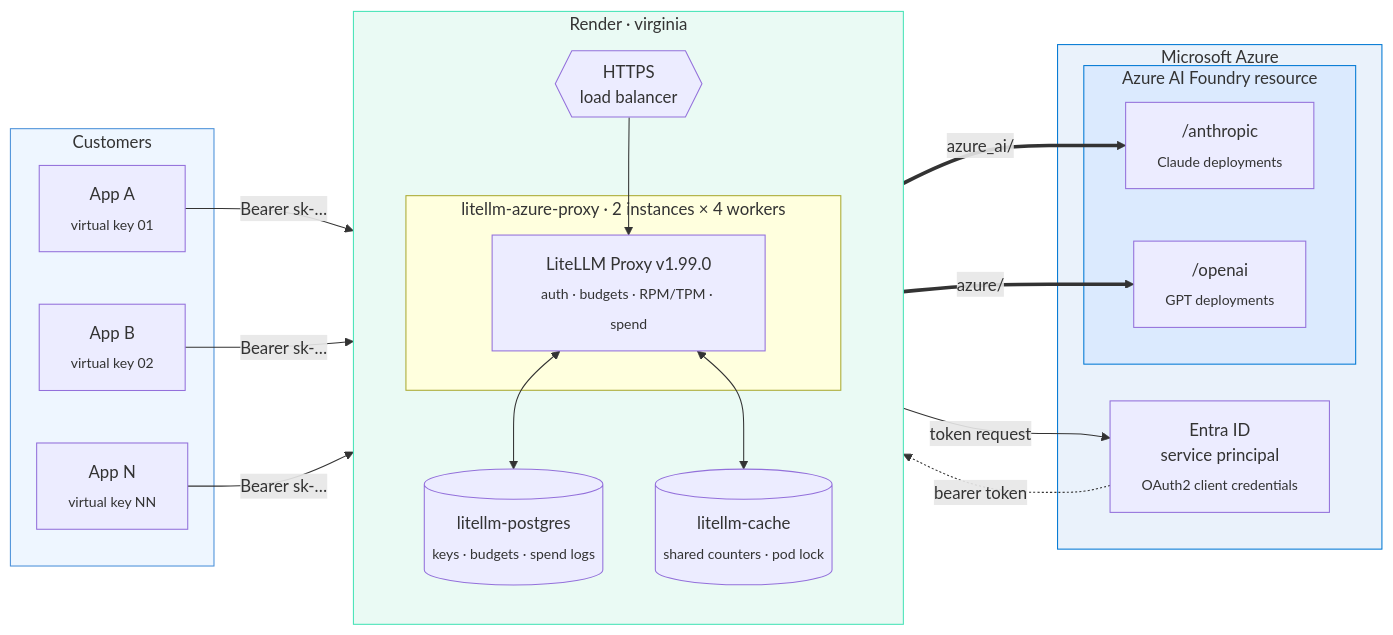
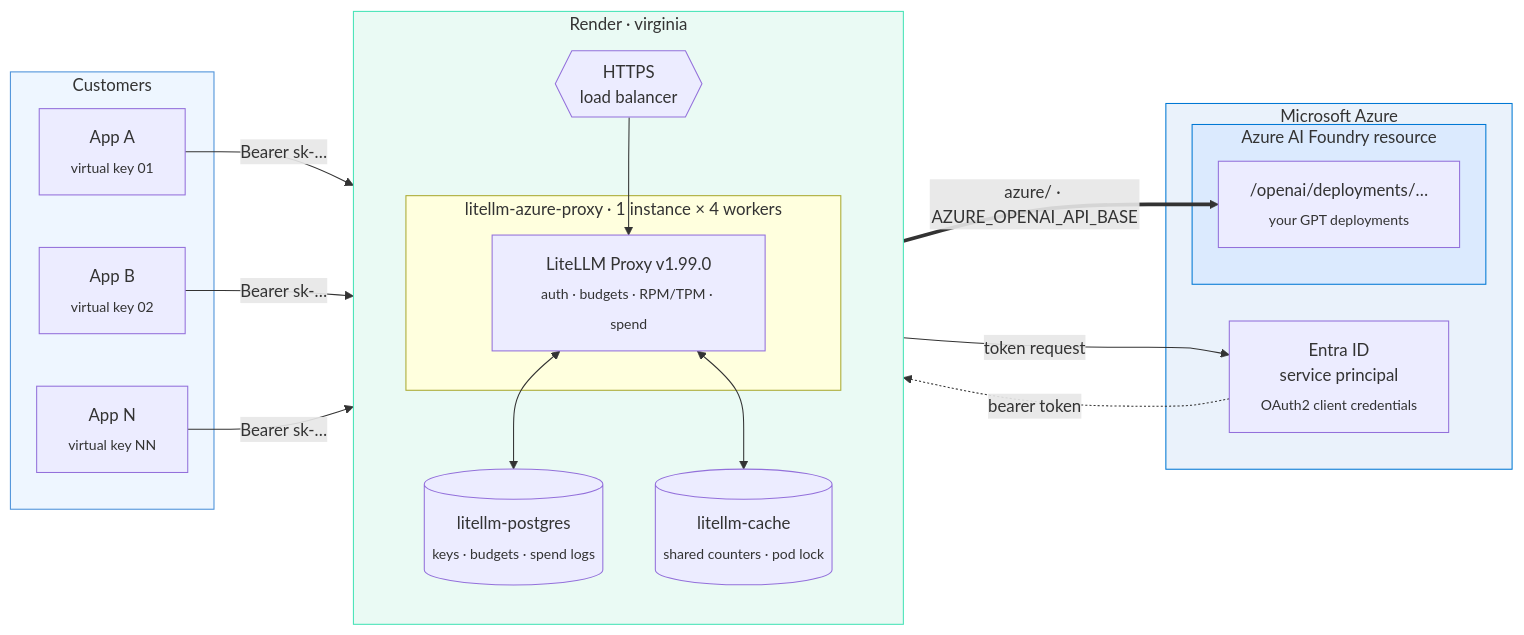
One commit to mahipalparegi/LiteLLMProxy changed the first of 12 diagrams in README.md. Above: the diagram before and after it, drawn with Mermaid. The commit also changed other lines of this file and 14 other files, not shown here.

````diff
--- a/README.md
+++ b/README.md
@@ -78,39 +74,37 @@
 ```mermaid
 flowchart LR
     subgraph clients["Customers"]
         C1["App A<br/><sub>virtual key 01</sub>"]
         C2["App B<br/><sub>virtual key 02</sub>"]
         C3["App N<br/><sub>virtual key NN</sub>"]
     end
 
     subgraph render["Render · virginia"]
         direction TB
         LB{{"HTTPS<br/>load balancer"}}
-        subgraph proxy["litellm-azure-proxy · 2 instances × 4 workers"]
+        subgraph proxy["litellm-azure-proxy · 1 instance × 4 workers"]
             W["LiteLLM Proxy v1.99.0<br/><sub>auth · budgets · RPM/TPM · spend</sub>"]
         end
         PG[("litellm-postgres<br/><sub>keys · budgets · spend logs</sub>")]
         RD[("litellm-cache<br/><sub>shared counters · pod lock</sub>")]
     end
 
     subgraph azure["Microsoft Azure"]
         ENTRA["Entra ID<br/>service principal<br/><sub>OAuth2 client credentials</sub>"]
         subgraph foundry["Azure AI Foundry resource"]
-            ANT["/anthropic<br/><sub>Claude deployments</sub>"]
-            OAI["/openai<br/><sub>GPT deployments</sub>"]
+            OAI["/openai/deployments/…<br/><sub>your GPT deployments</sub>"]
         end
     end
 
     C1 & C2 & C3 -->|"Bearer sk-…"| LB --> W
     W <--> PG
     W <--> RD
     W -->|"token request"| ENTRA
     ENTRA -.->|"bearer token"| W
-    W ==>|"azure_ai/"| ANT
-    W ==>|"azure/"| OAI
+    W ==>|"azure/ · AZURE_OPENAI_API_BASE"| OAI
 
     style clients fill:#eef6ff,stroke:#4a90d9
     style render fill:#eafaf4,stroke:#46e3b7
     style azure fill:#eaf2fb,stroke:#0078d4
     style foundry fill:#dbeafe,stroke:#0078d4
 ```
````
